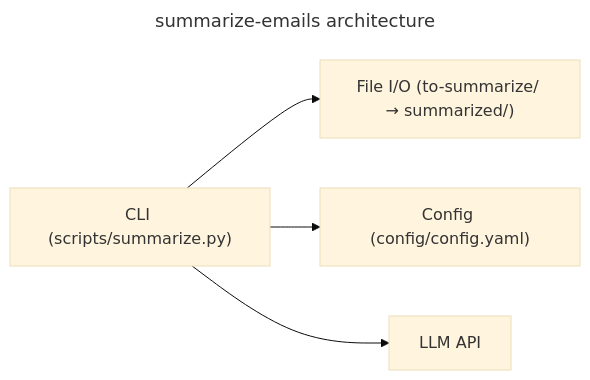
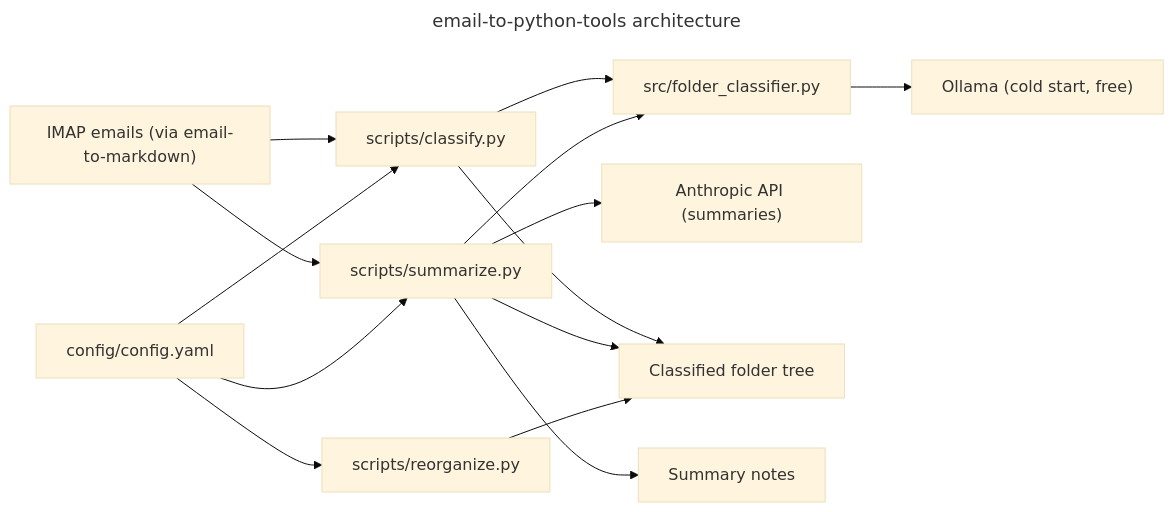
The diagram in aidd_docs/memory/architecture.md (RebelliousSmile/email-to-markdown-tools), drawn with Mermaid (base theme) before and after one commit. The commit also changed other lines of this file and 5 other files, not shown here.

````diff
--- a/aidd_docs/memory/architecture.md
+++ b/aidd_docs/memory/architecture.md
@@ -13,14 +13,30 @@
 ```mermaid
 ---
-title: summarize-emails architecture
+title: email-to-python-tools architecture
 ---
 flowchart LR
-    CLI["CLI (scripts/summarize.py)"]
-    FileIO["File I/O (to-summarize/ → summarized/)"]
-    Config["Config (config/config.yaml)"]
-    LLM["LLM API"]
+    IMAP["IMAP emails (via email-to-markdown)"]
+    Classify["scripts/classify.py"]
+    Summarize["scripts/summarize.py"]
+    Reorganize["scripts/reorganize.py"]
+    Classifier["src/folder_classifier.py"]
+    Config["config/config.yaml"]
+    LLMOllama["Ollama (cold start, free)"]
+    LLMAnthropic["Anthropic API (summaries)"]
+    Tree["Classified folder tree"]
+    Notes["Summary notes"]
 
-    CLI --> FileIO
-    CLI --> Config
-    CLI --> LLM
+    IMAP --> Classify
+    IMAP --> Summarize
+    Classify --> Classifier
+    Summarize --> Classifier
+    Classifier --> LLMOllama
+    Summarize --> LLMAnthropic
+    Classify --> Tree
+    Summarize --> Notes
+    Summarize --> Tree
+    Reorganize --> Tree
+    Config --> Classify
+    Config --> Summarize
+    Config --> Reorganize
 ```
````
